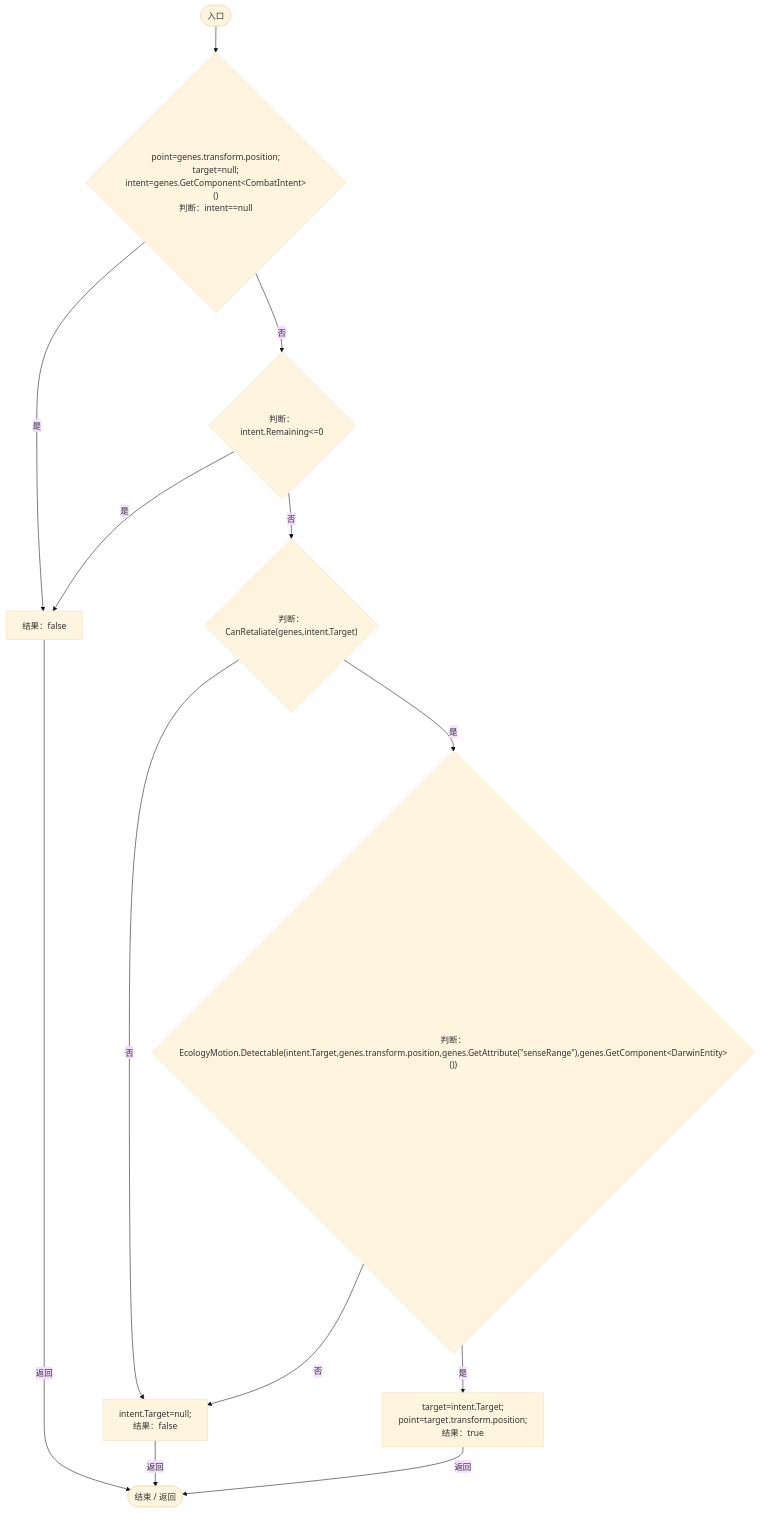
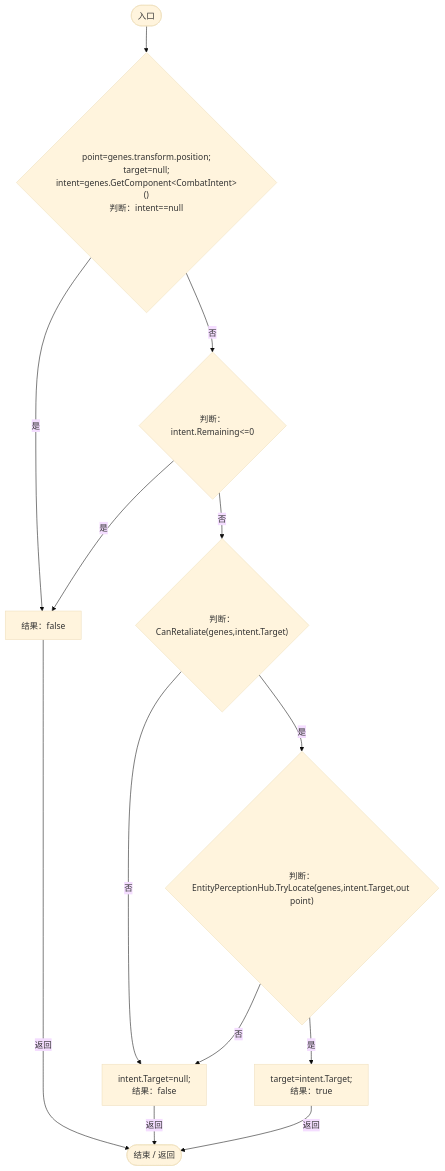
Before and after one commit to xhs6666/Darwin_paradise: the tenth of 13 diagrams in Docs/运行流程图/脚本/34193b994b2c0894.md, drawn with Mermaid (base theme). The commit also changed other lines of this file and 219 other files, not shown here.

````diff
--- a/Docs/运行流程图/脚本/34193b994b2c0894.md
+++ b/Docs/运行流程图/脚本/34193b994b2c0894.md
@@ -259,25 +260,25 @@
 ```mermaid
 flowchart TD
   b0(["入口"])
   b1{"point=genes.transform.position;<br/>target=null;<br/>intent=genes.GetComponent&lt;CombatIntent&gt;()<br/>判断：intent==null"}
   b2{"判断：intent.Remaining&lt;=0"}
   b3["结果：false"]
   b4{"判断：CanRetaliate(genes,intent.Target)"}
-  b5{"判断：EcologyMotion.Detectable(intent.Target,genes.transform.position,genes.GetAttribute(&quot;senseRange&quot;),genes.GetComponent&lt;DarwinEntity&gt;())"}
+  b5{"判断：EntityPerceptionHub.TryLocate(genes,intent.Target,out point)"}
   b6["intent.Target=null;<br/>结果：false"]
-  b7["target=intent.Target;<br/>point=target.transform.position;<br/>结果：true"]
+  b7["target=intent.Target;<br/>结果：true"]
   b8(["结束 / 返回"])
   b0 --> b1
   b1 -->|"否"| b2
   b1 -->|"是"| b3
   b2 -->|"是"| b3
   b2 -->|"否"| b4
   b3 -->|"返回"| b8
   b4 -->|"是"| b5
   b4 -->|"否"| b6
   b5 -->|"否"| b6
   b5 -->|"是"| b7
   b6 -->|"返回"| b8
   b7 -->|"返回"| b8
 
 ```
````
